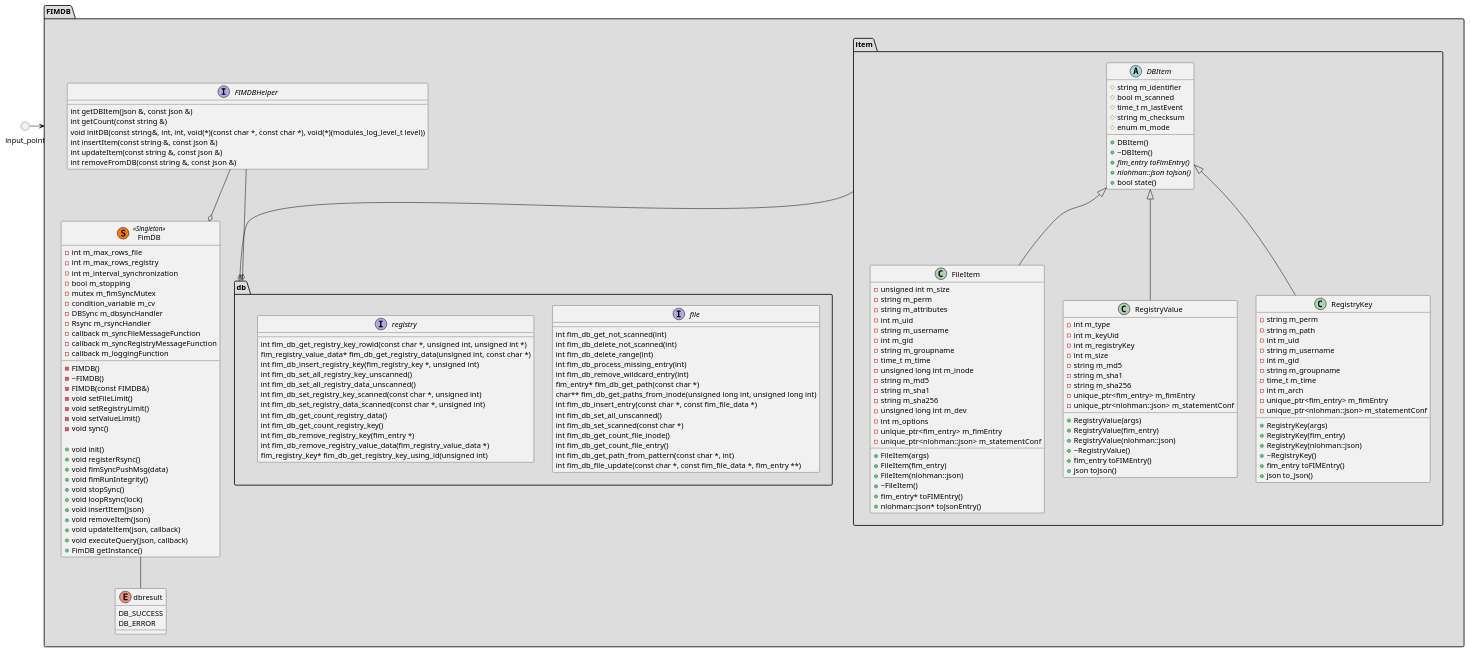
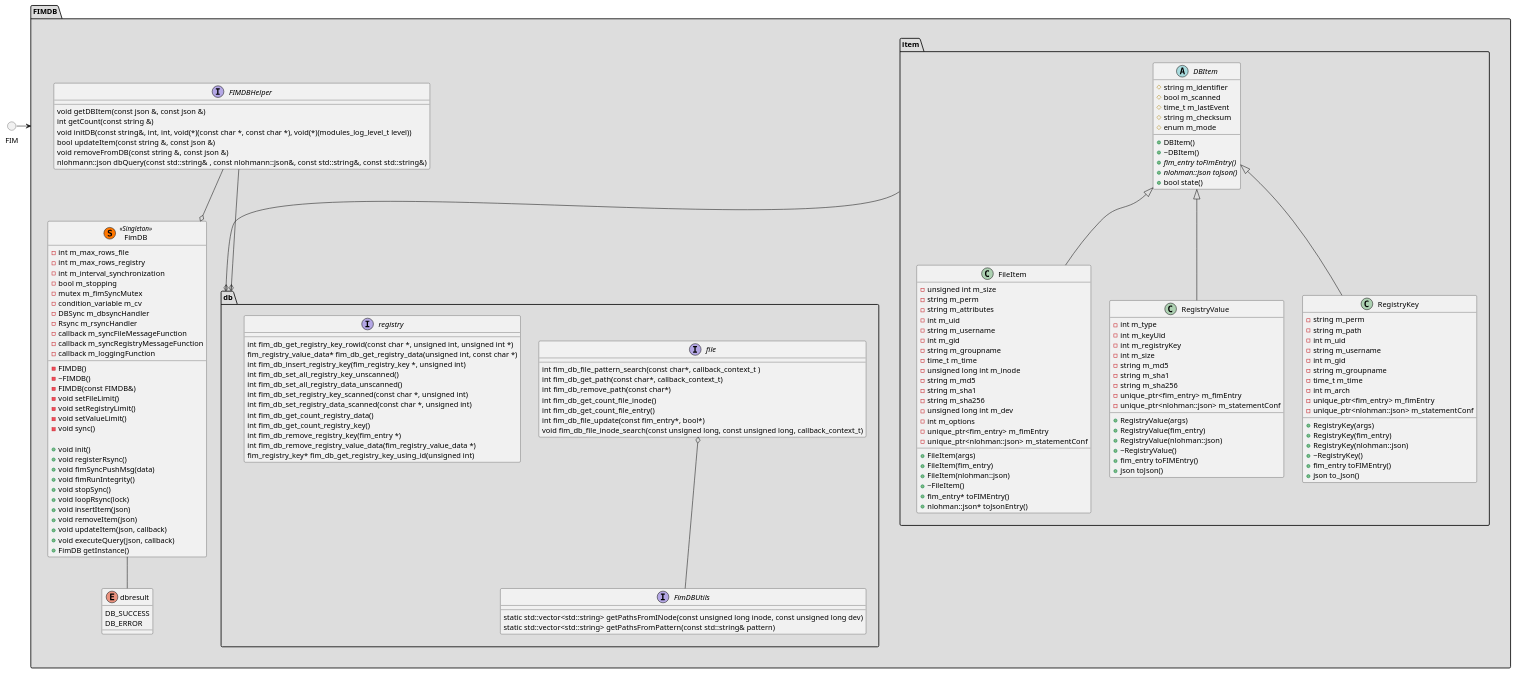
One commit to wazuh/wazuh-agent changed the diagram in architecture/FIM/db/class.puml. Above: the diagram before and after it, drawn with PlantUML.

Commit message:
Update archicture in class diagram

```diff
--- a/architecture/FIM/db/class.puml
+++ b/architecture/FIM/db/class.puml
@@ -1,169 +1,167 @@
 @startuml db_class
 package "FIMDB" <<Folder>> #DDDDDD{
     enum "dbresult" {
         DB_SUCCESS
         DB_ERROR
     }
     package "item" <<Folder>> {
         abstract DBItem {
             # string m_identifier
             # bool m_scanned
             # time_t m_lastEvent
             # string m_checksum
             # enum m_mode
 
             + DBItem()
             + ~DBItem()
             + {abstract} fim_entry toFimEntry()
             + {abstract} nlohman::json toJson()
             + bool state()
         }
 
         class FileItem {
             - unsigned int m_size
             - string m_perm
             - string m_attributes
             - int m_uid
             - string m_username
             - int m_gid
             - string m_groupname
             - time_t m_time
             - unsigned long int m_inode
             - string m_md5
             - string m_sha1
             - string m_sha256
             - unsigned long int m_dev
             - int m_options
             - unique_ptr<fim_entry> m_fimEntry
             - unique_ptr<nlohman::json> m_statementConf
 
             + FileItem(args)
             + FileItem(fim_entry)
             + FileItem(nlohman::json)
             + ~FileItem()
             + fim_entry* toFIMEntry()
             + nlohman::json* toJsonEntry()
         }
         class "RegistryValue" {
             - int m_type
             - int m_keyUid
             - int m_registryKey
             - int m_size
             - string m_md5
             - string m_sha1
             - string m_sha256
             - unique_ptr<fim_entry> m_fimEntry
             - unique_ptr<nlohman::json> m_statementConf
 
             + RegistryValue(args)
             + RegistryValue(fim_entry)
             + RegistryValue(nlohman::json)
             + ~RegistryValue()
             + fim_entry toFIMEntry()
             + json toJson()
         }
         class "RegistryKey" {
             - string m_perm
             - string m_path
             - int m_uid
             - string m_username
             - int m_gid
             - string m_groupname
             - time_t m_time
             - int m_arch
             - unique_ptr<fim_entry> m_fimEntry
             - unique_ptr<nlohman::json> m_statementConf
 
             + RegistryKey(args)
             + RegistryKey(fim_entry)
             + RegistryKey(nlohman::json)
             + ~RegistryKey()
             + fim_entry toFIMEntry()
             + json to_Json()
         }
     }
     class "FimDB"  <<(S,#FF7700) Singleton>> {
         - int m_max_rows_file
         - int m_max_rows_registry
         - int m_interval_synchronization
         - bool m_stopping
         - mutex m_fimSyncMutex
         - condition_variable m_cv
         - DBSync m_dbsyncHandler
         - Rsync m_rsyncHandler
         - callback m_syncFileMessageFunction
         - callback m_syncRegistryMessageFunction
         - callback m_loggingFunction
 
         - FIMDB()
         - ~FIMDB()
         - FIMDB(const FIMDB&)
         - void setFileLimit()
         - void setRegistryLimit()
         - void setValueLimit()
         - void sync()
 
         + void init()
         + void registerRsync()
         + void fimSyncPushMsg(data)
         + void fimRunIntegrity()
         + void stopSync()
         + void loopRsync(lock)
         + void insertItem(json)
         + void removeItem(json)
         + void updateItem(json, callback)
         + void executeQuery(json, callback)
         + FimDB getInstance()
     }
     interface FIMDBHelper {
-        int getDBItem(json &, const json &)
+        void getDBItem(const json &, const json &)
         int getCount(const string &)
         void initDB(const string&, int, int, void(*)(const char *, const char *), void(*)(modules_log_level_t level))
-        int insertItem(const string &, const json &)
-        int updateItem(const string &, const json &)
-        int removeFromDB(const string &, const json &)
+        bool updateItem(const string &, const json &)
+        void removeFromDB(const string &, const json &)
+        nlohmann::json dbQuery(const std::string& , const nlohmann::json&, const std::string&, const std::string&)
     }
     namespace db{
     interface file {
-        int fim_db_get_not_scanned(int)
-        int fim_db_delete_not_scanned(int)
-        int fim_db_delete_range(int)
-        int fim_db_process_missing_entry(int)
-        int fim_db_remove_wildcard_entry(int)
-        fim_entry* fim_db_get_path(const char *)
-        char** fim_db_get_paths_from_inode(unsigned long int, unsigned long int)
-        int fim_db_insert_entry(const char *, const fim_file_data *)
-        int fim_db_set_all_unscanned()
-        int fim_db_set_scanned(const char *)
+        int fim_db_file_pattern_search(const char*, callback_context_t )
+        int fim_db_get_path(const char*, callback_context_t)
+        int fim_db_remove_path(const char*)
         int fim_db_get_count_file_inode()
         int fim_db_get_count_file_entry()
-        int fim_db_get_path_from_pattern(const char *, int)
-        int fim_db_file_update(const char *, const fim_file_data *, fim_entry **)
+        int fim_db_file_update(const fim_entry*, bool*)
+        void fim_db_file_inode_search(const unsigned long, const unsigned long, callback_context_t)
+    }
+    interface FimDBUtils {
+        static std::vector<std::string> getPathsFromINode(const unsigned long inode, const unsigned long dev)
+        static std::vector<std::string> getPathsFromPattern(const std::string& pattern)
     }
     interface registry {
         int fim_db_get_registry_key_rowid(const char *, unsigned int, unsigned int *)
         fim_registry_value_data* fim_db_get_registry_data(unsigned int, const char *)
         int fim_db_insert_registry_key(fim_registry_key *, unsigned int)
         int fim_db_set_all_registry_key_unscanned()
         int fim_db_set_all_registry_data_unscanned()
         int fim_db_set_registry_key_scanned(const char *, unsigned int)
         int fim_db_set_registry_data_scanned(const char *, unsigned int)
         int fim_db_get_count_registry_data()
         int fim_db_get_count_registry_key()
         int fim_db_remove_registry_key(fim_entry *)
         int fim_db_remove_registry_value_data(fim_registry_value_data *)
         fim_registry_key* fim_db_get_registry_key_using_id(unsigned int)
     }
+    file o-- FimDBUtils
     }
 }
-circle input_point
+circle FIM
 
 DBItem <|-- FileItem
 DBItem <|-- RegistryValue
 DBItem <|-- RegistryKey
 FIMDBHelper --o FimDB
 item --o db
 FIMDBHelper --o db
 FimDB -- dbresult
-input_point => FIMDB
+FIM => FIMDB
 @enduml
```
